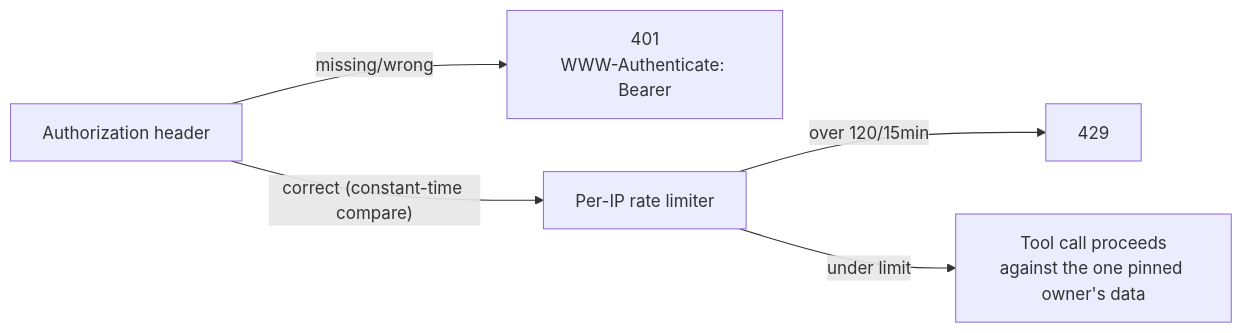
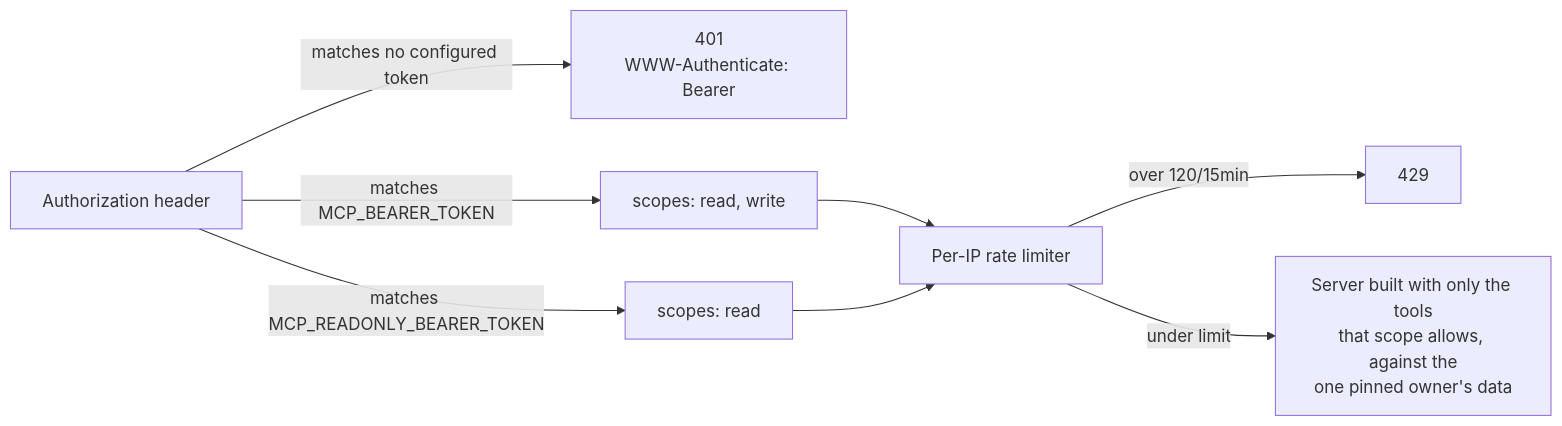
Before and after one commit to obaptiste/pool-pro-beta: the fourth of 9 diagrams in docs/mcp-server.md, drawn with Mermaid. The commit also changed other lines of this file and 7 other files, not shown here.

First line of the commit message:
Add scoped bearer tokens: an optional read-only token for the MCP server

````diff
--- a/docs/mcp-server.md
+++ b/docs/mcp-server.md
@@ -188,7 +204,10 @@
 ```mermaid
 flowchart LR
-    A["Authorization header"] -->|"missing/wrong"| Reject401["401\nWWW-Authenticate: Bearer"]
-    A -->|"correct (constant-time compare)"| B["Per-IP rate limiter"]
+    A["Authorization header"] -->|"matches no configured token"| Reject401["401\nWWW-Authenticate: Bearer"]
+    A -->|"matches MCP_BEARER_TOKEN"| Full["scopes: read, write"]
+    A -->|"matches MCP_READONLY_BEARER_TOKEN"| RO["scopes: read"]
+    Full --> B["Per-IP rate limiter"]
+    RO --> B
     B -->|"over 120/15min"| Reject429["429"]
-    B -->|"under limit"| C["Tool call proceeds\nagainst the one pinned owner's data"]
+    B -->|"under limit"| C["Server built with only the tools\nthat scope allows, against the\none pinned owner's data"]
 ```
````
